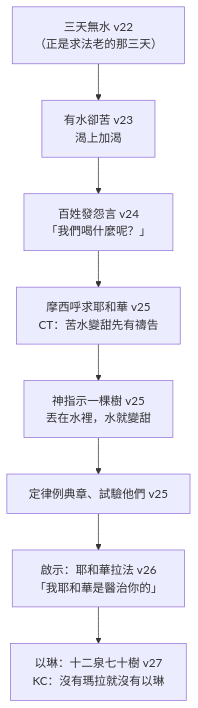
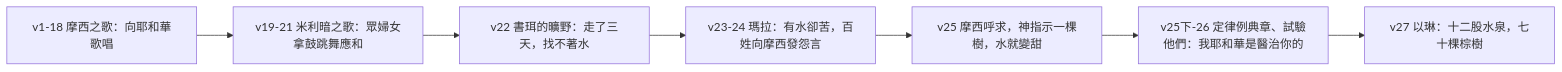
The diagram in 02 出埃及記/第15章.md (andyjr5566/Bible_wiki_zh), drawn with Mermaid before and after one commit. The commit also changed other lines of this file and 60 other files, not shown here.

````diff
--- a/02 出埃及記/第15章.md
+++ b/02 出埃及記/第15章.md
@@ -341,10 +102,9 @@
 ```mermaid
-flowchart TD
-A["三天無水 v22<br/>（正是求法老的那三天）"] --> B["有水卻苦 v23<br/>渴上加渴"]
-B --> C["百姓發怨言 v24<br/>「我們喝什麼呢？」"]
-C --> D["摩西呼求耶和華 v25<br/>CT：苦水變甜先有禱告"]
-D --> E["神指示一棵樹 v25<br/>丟在水裡，水就變甜"]
-E --> F["定律例典章、試驗他們 v25"]
-F --> G["啟示：耶和華拉法 v26<br/>「我耶和華是醫治你的」"]
-G --> H["以琳：十二泉七十樹 v27<br/>KC：沒有瑪拉就沒有以琳"]
+flowchart LR
+  A["v1-18 摩西之歌：向耶和華歌唱"] --> B["v19-21 米利暗之歌：眾婦女拿鼓跳舞應和"]
+  B --> C["v22 書珥的曠野：走了三天，找不著水"]
+  C --> D["v23-24 瑪拉：有水卻苦，百姓向摩西發怨言"]
+  D --> E["v25 摩西呼求，神指示一棵樹，水就變甜"]
+  E --> F["v25下-26 定律例典章、試驗他們：我耶和華是醫治你的"]
+  F --> G["v27 以琳：十二股水泉，七十棵棕樹"]
 ```
````
